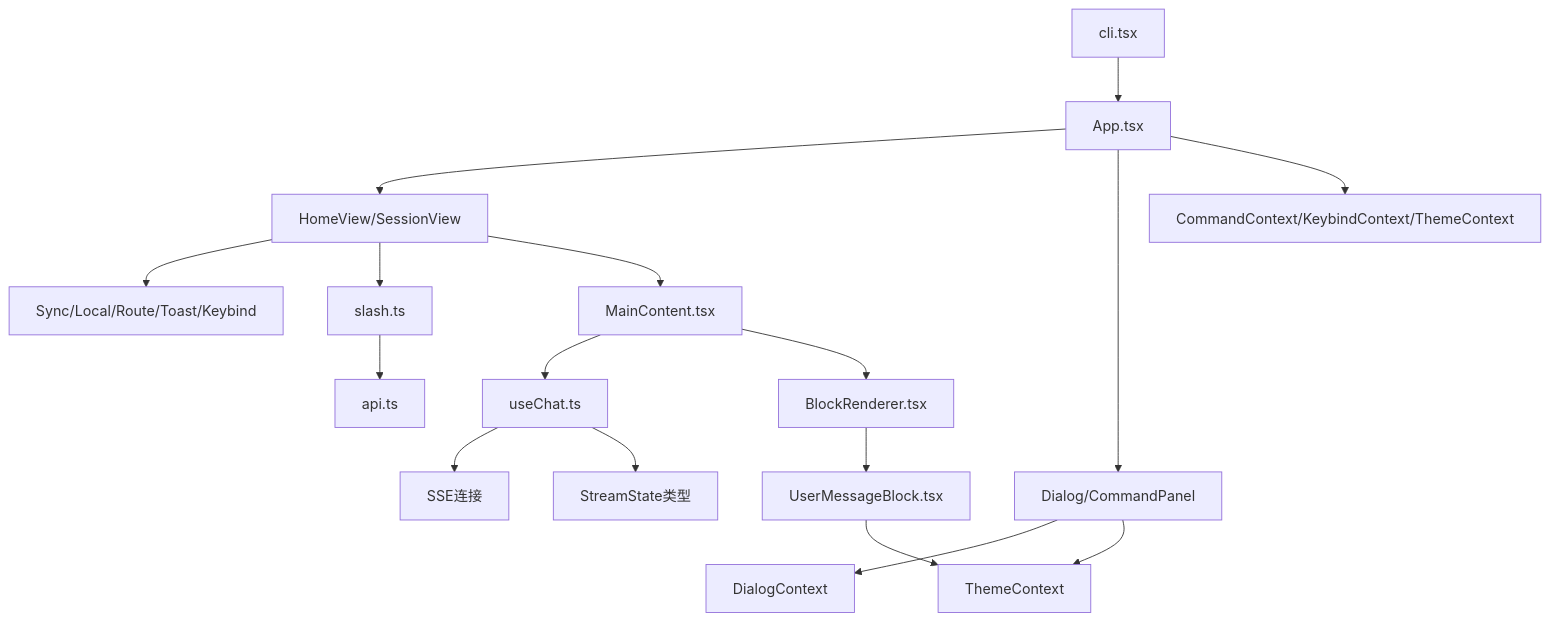
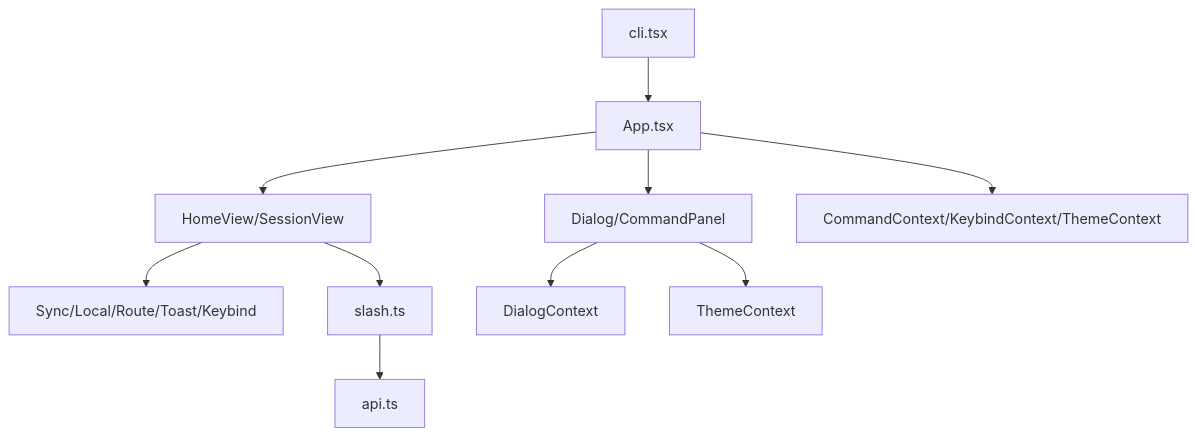
One commit to iammm0/secbot changed diagram 11 of 11 in .qoder/repowiki/zh/content/用户界面/命令行界面 (Terminal UI)/命令行界面 (Terminal UI).md. Above: the diagram before and after it, drawn with Mermaid. The commit also changed other lines of this file and 47 other files, not shown here.

````diff
--- a/.qoder/repowiki/zh/content/用户界面/命令行界面 (Terminal UI)/命令行界面 (Terminal UI).md
+++ b/.qoder/repowiki/zh/content/用户界面/命令行界面 (Terminal UI)/命令行界面 (Terminal UI).md
@@ -500,19 +366,12 @@
 ```mermaid
 graph TB
 CLI["cli.tsx"] --> App["App.tsx"]
 App --> Views["HomeView/SessionView"]
 App --> DialogComp["Dialog/CommandPanel"]
 Views --> Sync["Sync/Local/Route/Toast/Keybind"]
 DialogComp --> DialogCtx["DialogContext"]
 DialogComp --> ThemeCtx["ThemeContext"]
 Views --> Slash["slash.ts"]
 Slash --> API["api.ts"]
 App --> Ctxs["CommandContext/KeybindContext/ThemeContext"]
-Views --> MainContent["MainContent.tsx"]
-MainContent --> useChat["useChat.ts"]
-useChat --> SSE["SSE连接"]
-useChat --> StreamState["StreamState类型"]
-MainContent --> BlockRenderer["BlockRenderer.tsx"]
-BlockRenderer --> UserMessageBlock["UserMessageBlock.tsx"]
-UserMessageBlock --> ThemeCtx
 ```
````
